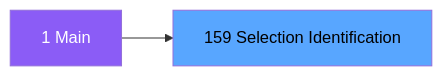
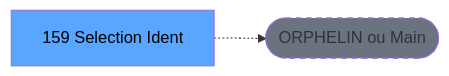
Before and after one commit to thonyAGP/lecteur-magic: the second of 3 diagrams in .openspec/renders/ADH-IDE-159.md, drawn with Mermaid. The commit also changed other lines of this file and 701 other files, not shown here.

````diff
--- a/.openspec/renders/ADH-IDE-159.md
+++ b/.openspec/renders/ADH-IDE-159.md
@@ -125,8 +118,8 @@
 ```mermaid
 graph LR
-    M[1 Main]
-    T[159 Selection Identification]
-    M --> T
-    style M fill:#8b5cf6,color:#fff
+    T[159 Selection Ident]
+    ORPHAN([ORPHELIN ou Main])
+    T -.-> ORPHAN
     style T fill:#58a6ff,color:#000
+    style ORPHAN fill:#6b7280,stroke-dasharray: 5 5
 ```
````
